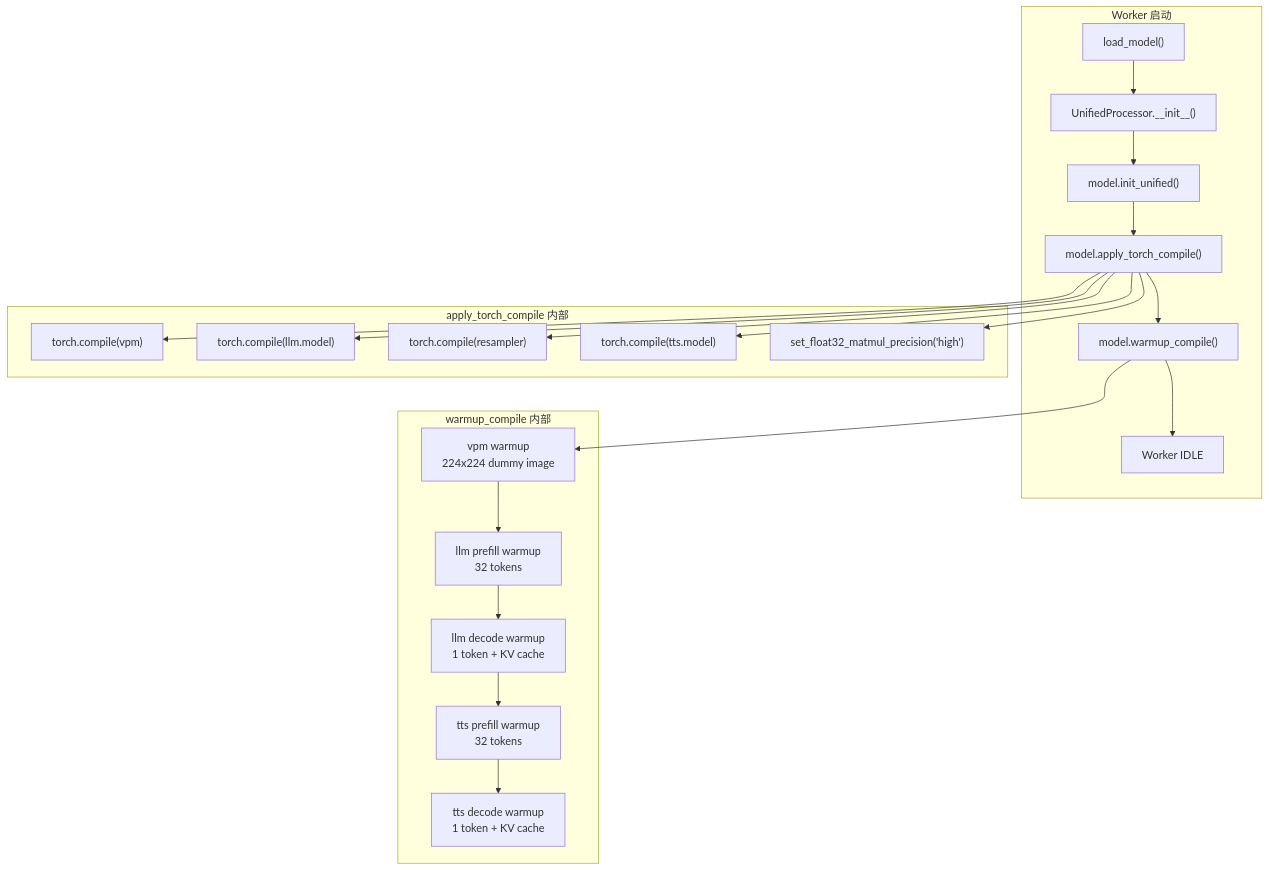
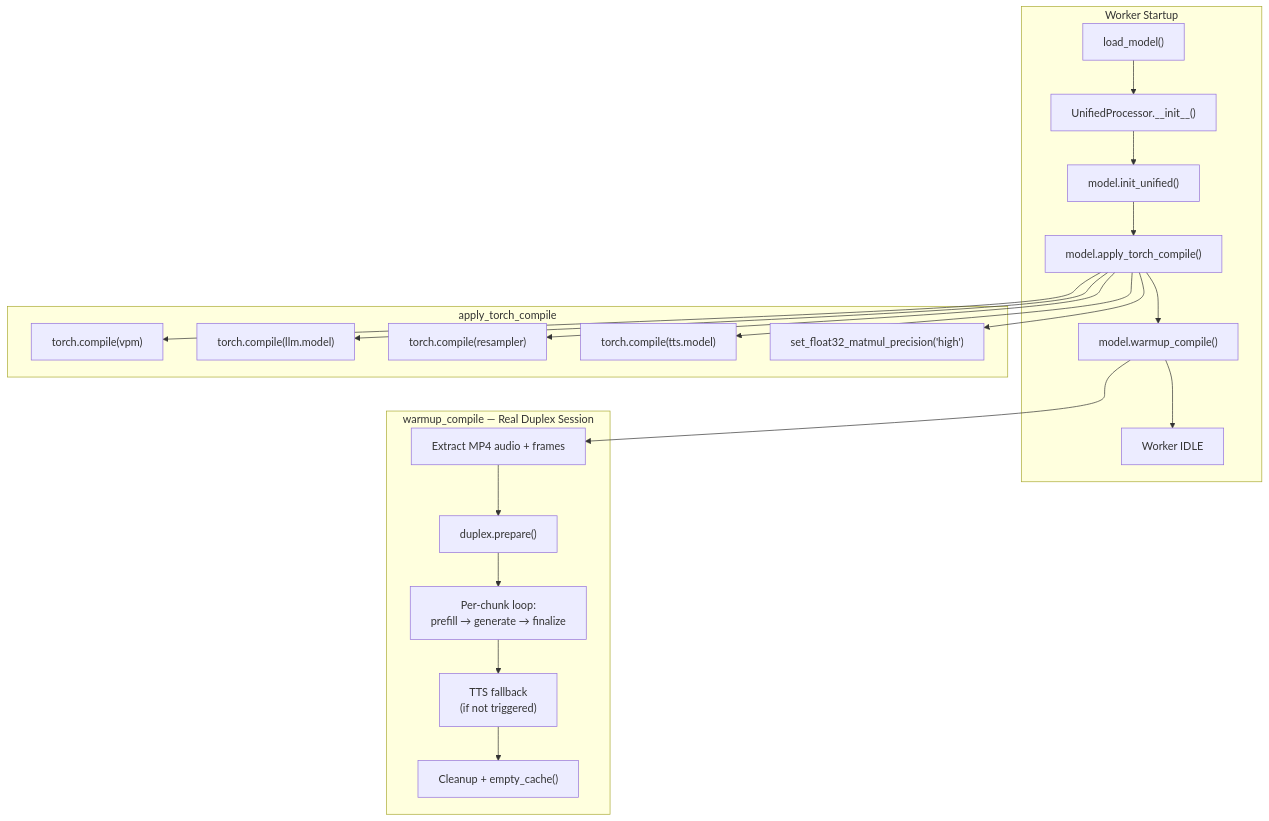
One commit to OpenBMB/minicpm-o-4_5-pytorch-simple-demo changed the diagram in docs/zh/compile.md. Above: the diagram before and after it, drawn with Mermaid. The commit also changed other lines of this file and 4 other files, not shown here.

````diff
--- a/docs/zh/compile.md
+++ b/docs/zh/compile.md
@@ -36,37 +41,37 @@
 ```mermaid
 flowchart TB
-    subgraph workerStart [Worker 启动]
+    subgraph workerStart [Worker Startup]
         Load["load_model()"]
         UP["UnifiedProcessor.__init__()"]
         InitUnified["model.init_unified()"]
         Apply["model.apply_torch_compile()"]
         Warmup["model.warmup_compile()"]
         Ready["Worker IDLE"]
     end
 
     Load --> UP --> InitUnified --> Apply --> Warmup --> Ready
 
-    subgraph applyDetail [apply_torch_compile 内部]
+    subgraph applyDetail [apply_torch_compile]
         VPM["torch.compile(vpm)"]
         LLM["torch.compile(llm.model)"]
         RES["torch.compile(resampler)"]
         TTS["torch.compile(tts.model)"]
         TF32["set_float32_matmul_precision('high')"]
     end
 
     Apply --> VPM
     Apply --> LLM
     Apply --> RES
     Apply --> TTS
     Apply --> TF32
 
-    subgraph warmupDetail [warmup_compile 内部]
-        WV["vpm warmup\n224x224 dummy image"]
-        WL1["llm prefill warmup\n32 tokens"]
-        WL2["llm decode warmup\n1 token + KV cache"]
-        WT1["tts prefill warmup\n32 tokens"]
-        WT2["tts decode warmup\n1 token + KV cache"]
+    subgraph warmupDetail [warmup_compile — Real Duplex Session]
+        Extract["Extract MP4 audio + frames"]
+        Prepare["duplex.prepare()"]
+        Loop["Per-chunk loop:\nprefill → generate → finalize"]
+        TTSfb["TTS fallback\n(if not triggered)"]
+        Clean["Cleanup + empty_cache()"]
     end
 
-    Warmup --> WV --> WL1 --> WL2 --> WT1 --> WT2
+    Warmup --> Extract --> Prepare --> Loop --> TTSfb --> Clean
 ```
````
